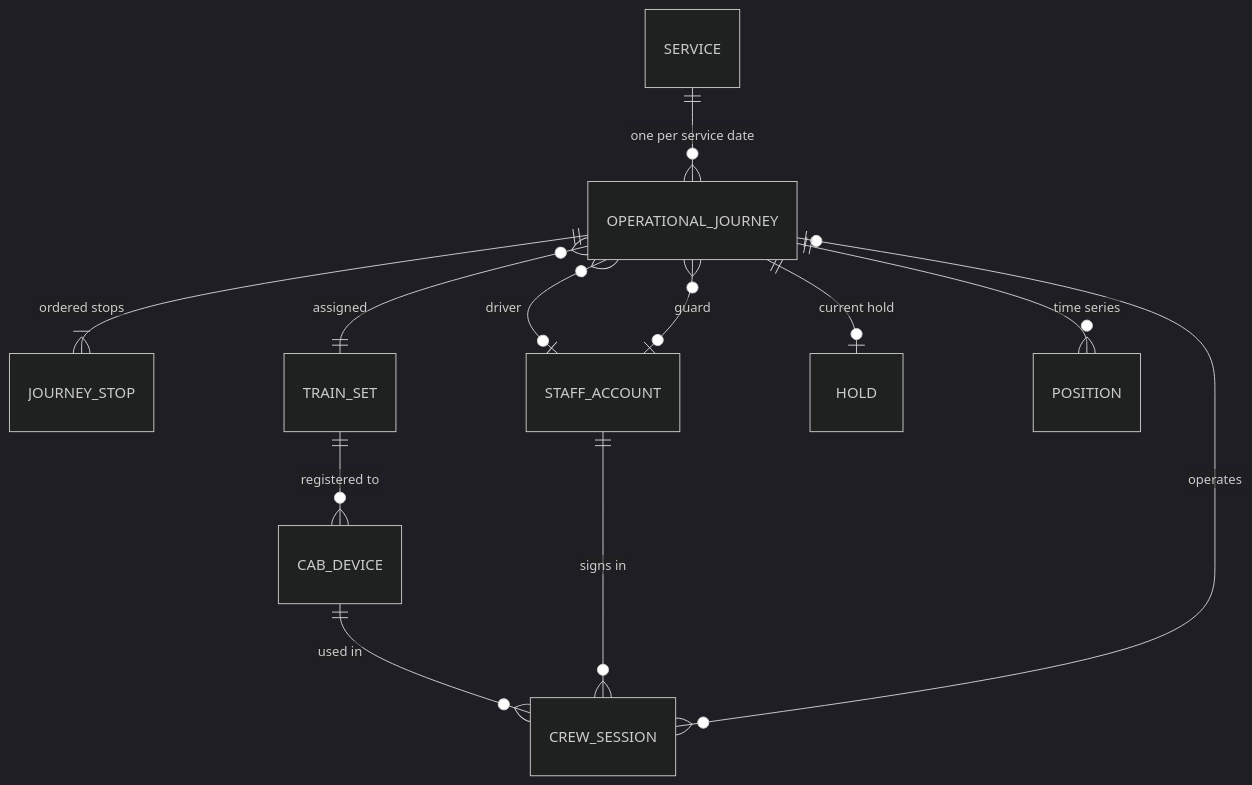
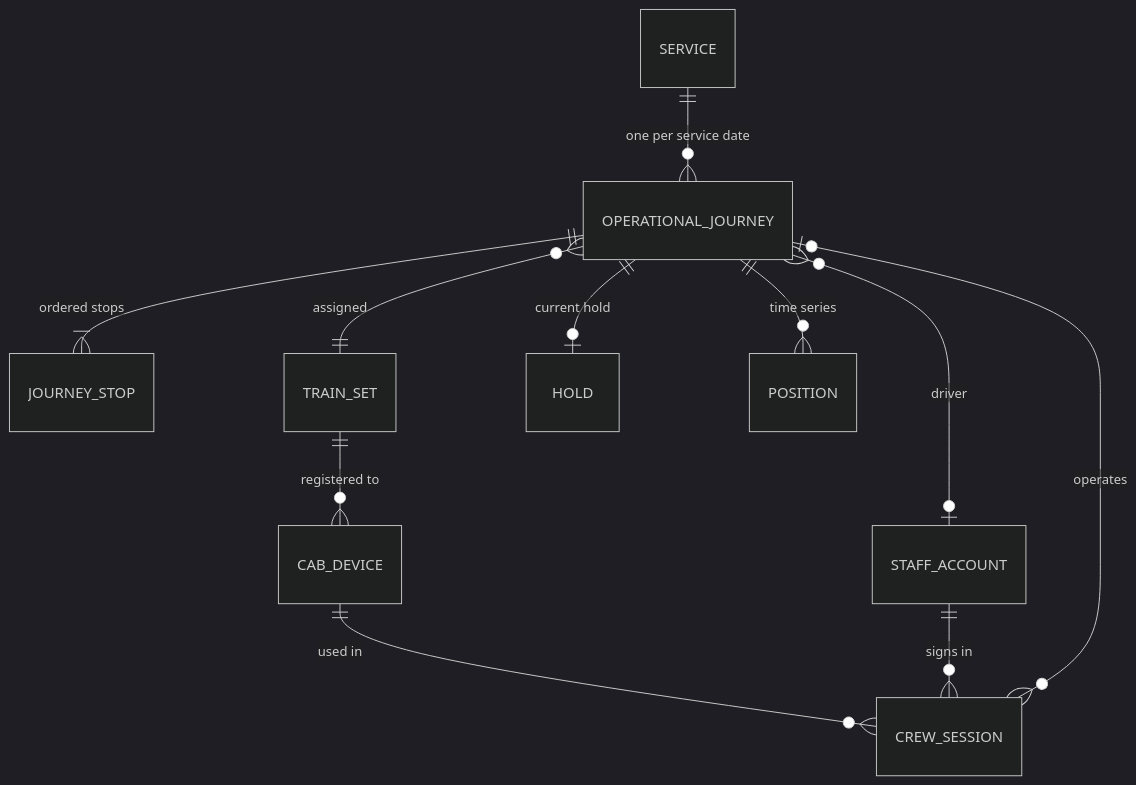
Before and after one commit to SenujaAscentic/SmartRail-Public-Railway-Passenger-Operations-Platform: the third of 6 diagrams in docs/develop/01-domain-model.md, drawn with Mermaid (dark theme). The commit also changed other lines of this file and 10 other files, not shown here.

````diff
--- a/docs/develop/01-domain-model.md
+++ b/docs/develop/01-domain-model.md
@@ -117,14 +117,13 @@
 ```mermaid
 erDiagram
   SERVICE ||--o{ OPERATIONAL_JOURNEY : "one per service date"
   OPERATIONAL_JOURNEY ||--|{ JOURNEY_STOP : "ordered stops"
   OPERATIONAL_JOURNEY }o--|| TRAIN_SET : "assigned"
   OPERATIONAL_JOURNEY }o--o| STAFF_ACCOUNT : "driver"
-  OPERATIONAL_JOURNEY }o--o| STAFF_ACCOUNT : "guard"
   OPERATIONAL_JOURNEY ||--o| HOLD : "current hold"
   TRAIN_SET ||--o{ CAB_DEVICE : "registered to"
   CAB_DEVICE ||--o{ CREW_SESSION : "used in"
   STAFF_ACCOUNT ||--o{ CREW_SESSION : "signs in"
   CREW_SESSION }o--o| OPERATIONAL_JOURNEY : "operates"
   OPERATIONAL_JOURNEY ||--o{ POSITION : "time series"
 ```
````
